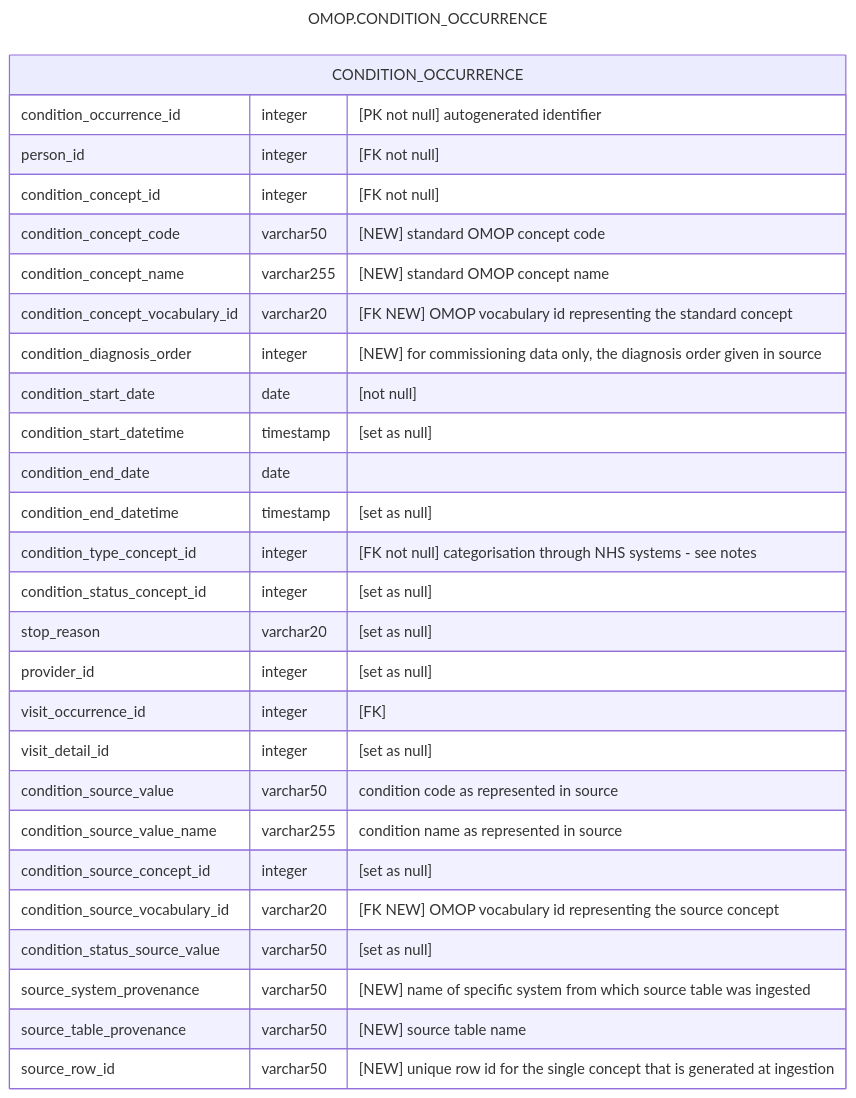
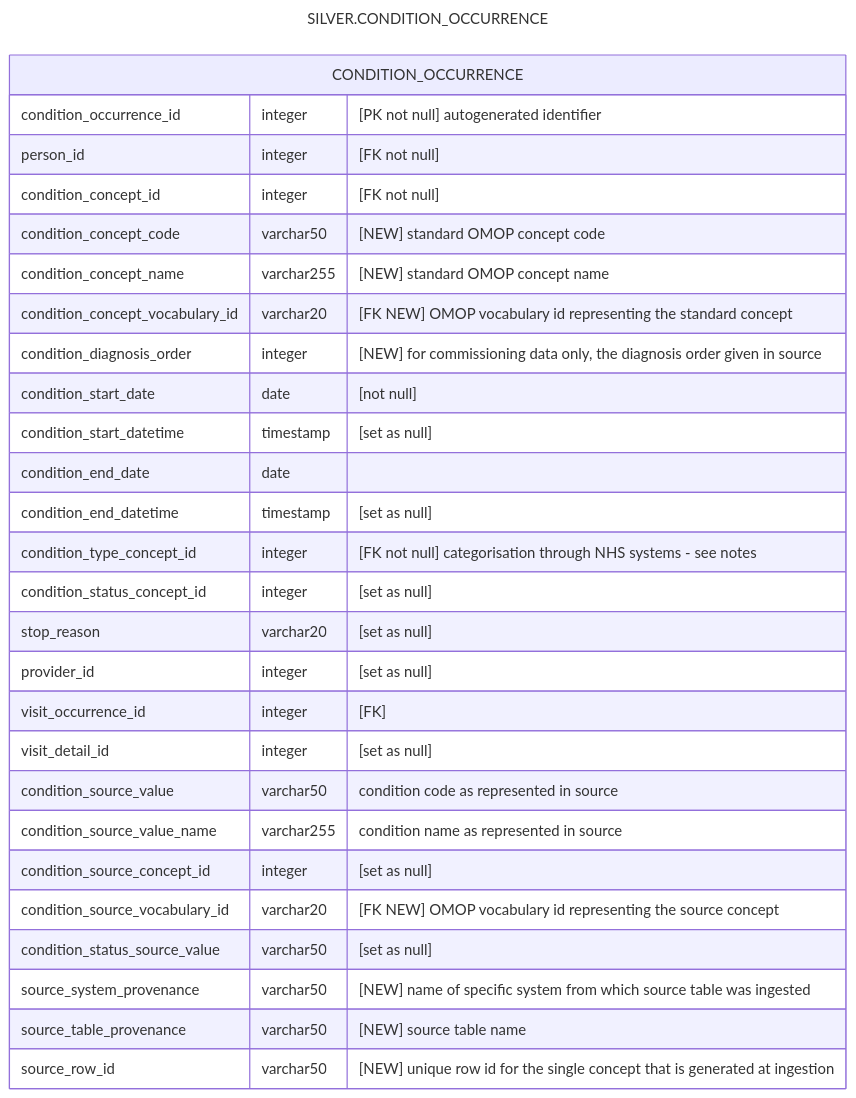
The second of 2 diagrams in pages/data_model/cdm_condition_occurrence.qmd (d3london/sde_aic_external_docs), drawn with Mermaid before and after one commit. The commit also changed 2 other files, not shown here.

Commit message:
typo correction

````diff
--- a/pages/data_model/cdm_condition_occurrence.qmd
+++ b/pages/data_model/cdm_condition_occurrence.qmd
@@ -41,33 +41,33 @@
 ```{mermaid}
 ---
-title: OMOP.CONDITION_OCCURRENCE
+title: SILVER.CONDITION_OCCURRENCE
 ---
 erDiagram
     CONDITION_OCCURRENCE {
         condition_occurrence_id integer "[PK not null] autogenerated identifier"
         person_id integer "[FK not null]"
         condition_concept_id integer "[FK not null]"
         condition_concept_code varchar50 "[NEW] standard OMOP concept code"
         condition_concept_name varchar255 "[NEW] standard OMOP concept name"
         condition_concept_vocabulary_id varchar20 "[FK NEW] OMOP vocabulary id representing the standard concept"
         condition_diagnosis_order integer "[NEW] for commissioning data only, the diagnosis order given in source"
         condition_start_date date "[not null]"
         condition_start_datetime timestamp "[set as null]"
         condition_end_date date
         condition_end_datetime timestamp "[set as null]"
         condition_type_concept_id integer "[FK not null] categorisation through NHS systems - see notes"
         condition_status_concept_id integer "[set as null]"
         stop_reason varchar20 "[set as null]"
         provider_id integer "[set as null]"
         visit_occurrence_id integer "[FK]"
         visit_detail_id integer "[set as null]"      
         condition_source_value varchar50 "condition code as represented in source"
         condition_source_value_name varchar255 "condition name as represented in source"
         condition_source_concept_id integer "[set as null]"          
         condition_source_vocabulary_id varchar20 "[FK NEW] OMOP vocabulary id representing the source concept"
         condition_status_source_value varchar50 "[set as null]"
         source_system_provenance varchar50 "[NEW] name of specific system from which source table was ingested"
         source_table_provenance varchar50 "[NEW] source table name"
         source_row_id varchar50 "[NEW] unique row id for the single concept that is generated at ingestion"
     }
 ```
````
